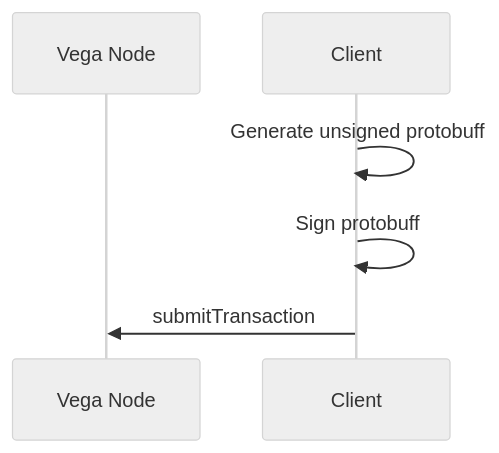
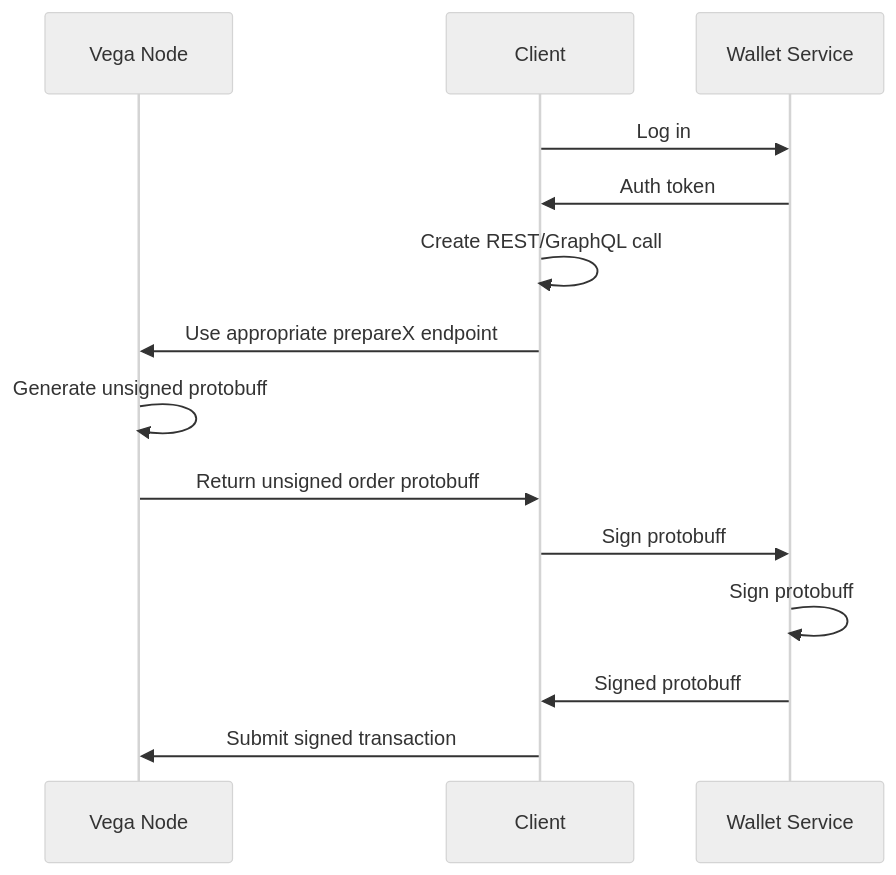
Before and after one commit to vegaprotocol/vega: the first of 4 diagrams in design/authentication-and-signing.md, drawn with Mermaid (neutral theme). The commit also changed other lines of this file, not shown here.

Commit message:
Restructure document to emphasise local running of a wallet

````diff
--- a/design/authentication-and-signing.md
+++ b/design/authentication-and-signing.md
@@ -17,9 +14,17 @@
 ```mermaid
 sequenceDiagram
     participant Vega Node
     participant Client
+    participant Wallet Service
 
-	Client->>Client: Generate unsigned protobuff 
-	Client->>Client: Sign protobuff 
-	Client->>Vega Node: submitTransaction 
+	Client->>Wallet Service: Log in
+	Wallet Service->>Client: Auth token 
+	Client->>Client: Create REST/GraphQL call 
+	Client->>Vega Node: Use appropriate prepareX endpoint
+	Vega Node->>Vega Node: Generate unsigned protobuff 
+	Vega Node->>Client: Return unsigned order protobuff 
+	Client->>Wallet Service: Sign protobuff
+	Wallet Service->>Wallet Service: Sign protobuff 
+	Wallet Service->>Client: Signed protobuff 
+	Client->>Vega Node: Submit signed transaction 
 ```					
````
